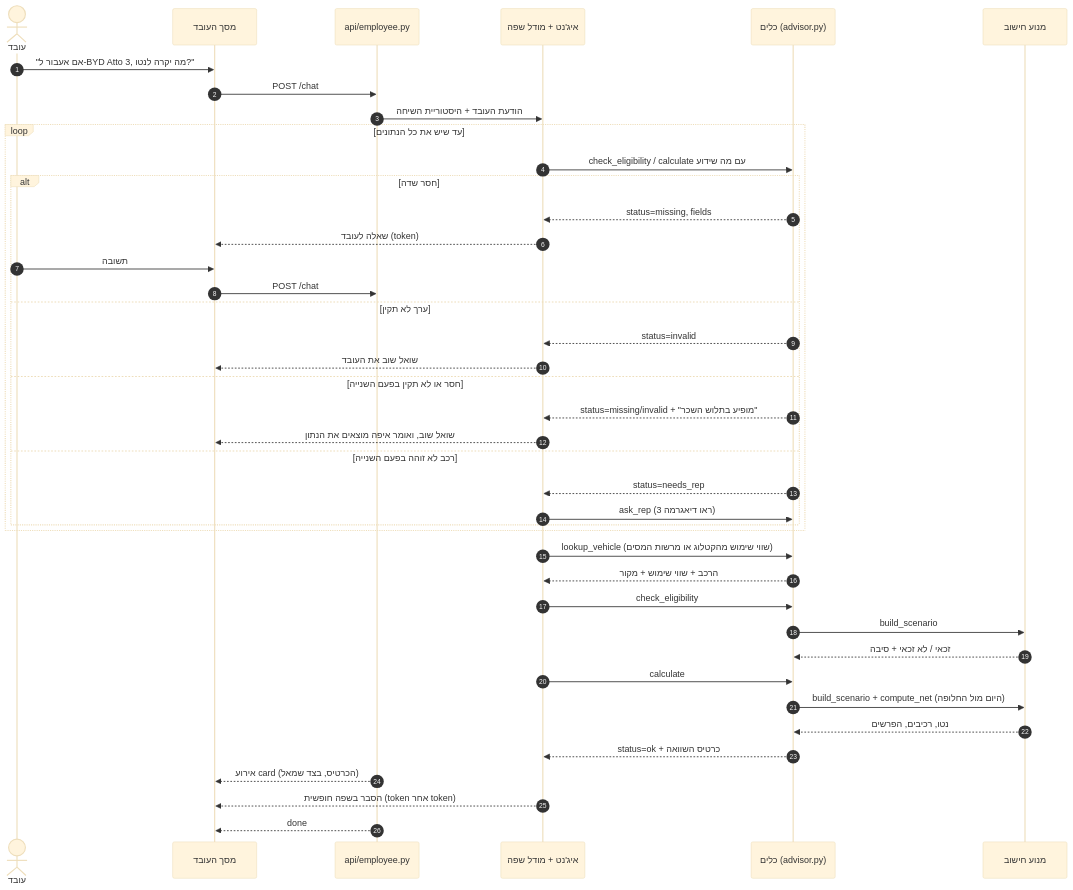
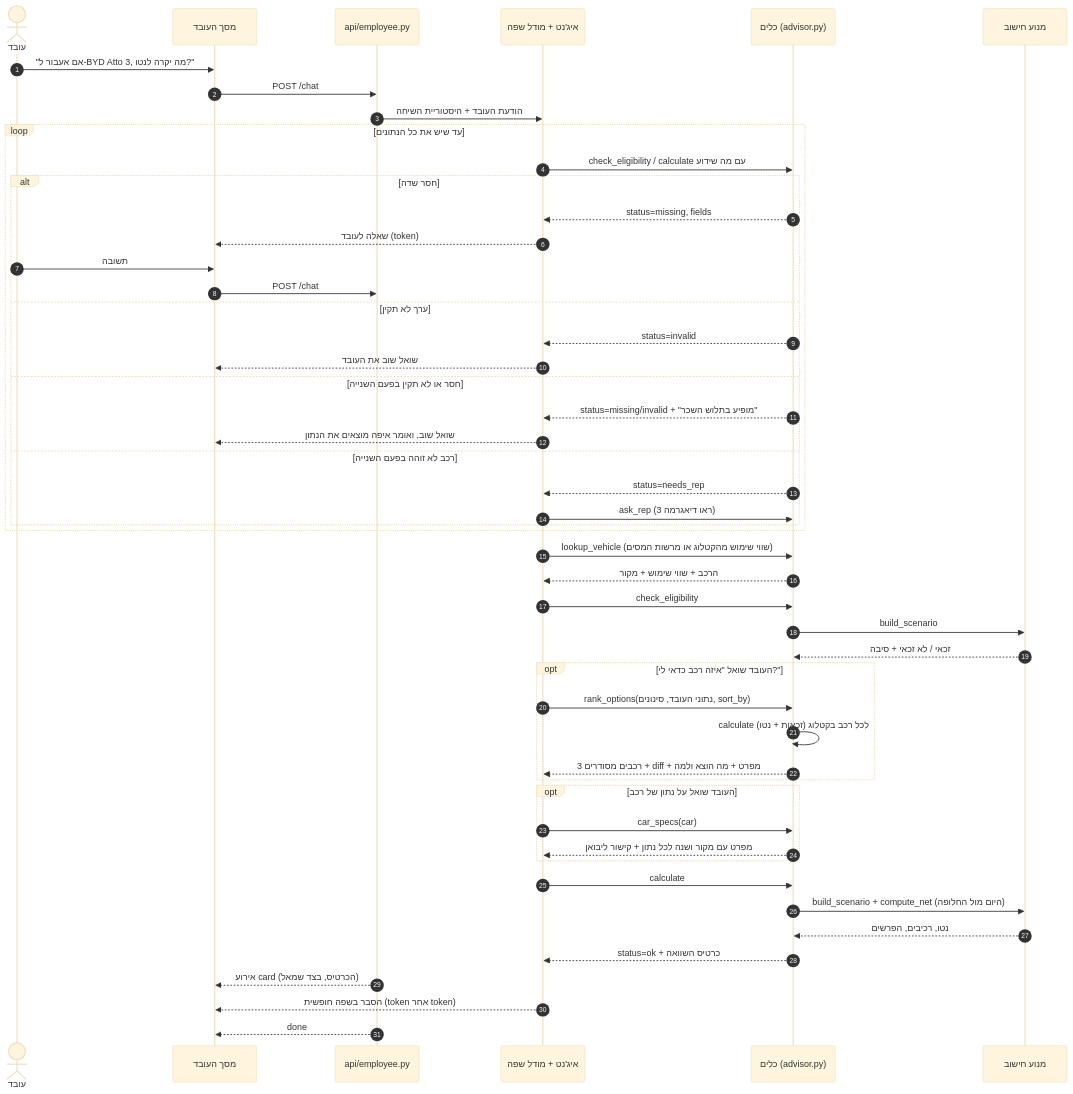
Before and after one commit to tf616248-create/strauss-car-advisor: the second of 3 diagrams in docs/architecture.md, drawn with Mermaid (base theme). The commit also changed other lines of this file and 13 other files, not shown here.

First line of the commit message:
car_specs and rank_options: recommend only through code, on sourced data

````diff
--- a/docs/architecture.md
+++ b/docs/architecture.md
@@ -71,46 +74,55 @@
 ```mermaid
 sequenceDiagram
     autonumber
     actor W as עובד
     participant UI as מסך העובד
     participant API as api/employee.py
     participant AG as איג'נט + מודל שפה
     participant T as כלים (advisor.py)
     participant E as מנוע חישוב
 
     W->>UI: "אם אעבור ל-BYD Atto 3, מה יקרה לנטו?"
     UI->>API: POST /chat
     API->>AG: הודעת העובד + היסטוריית השיחה
 
     loop עד שיש את כל הנתונים
         AG->>T: check_eligibility / calculate עם מה שידוע
         alt חסר שדה
             T-->>AG: status=missing, fields
             AG-->>UI: שאלה לעובד (token)
             W->>UI: תשובה
             UI->>API: POST /chat
         else ערך לא תקין
             T-->>AG: status=invalid
             AG-->>UI: שואל שוב את העובד
         else חסר או לא תקין בפעם השנייה
             T-->>AG: status=missing/invalid + "מופיע בתלוש השכר"
             AG-->>UI: שואל שוב, ואומר איפה מוצאים את הנתון
         else רכב לא זוהה בפעם השנייה
             T-->>AG: status=needs_rep
             AG->>T: ask_rep (ראו דיאגרמה 3)
         end
     end
 
     AG->>T: lookup_vehicle (שווי שימוש מהקטלוג או מרשות המסים)
     T-->>AG: הרכב + שווי שימוש + מקור
     AG->>T: check_eligibility
     T->>E: build_scenario
     E-->>T: זכאי / לא זכאי + סיבה
+    opt העובד שואל "איזה רכב כדאי לי?"
+        AG->>T: rank_options(נתוני העובד, סינונים, sort_by)
+        T->>T: calculate לכל רכב בקטלוג (זכאות + נטו)
+        T-->>AG: 3 רכבים מסודרים + diff + מפרט + מה הוצא ולמה
+    end
+    opt העובד שואל על נתון של רכב
+        AG->>T: car_specs(car)
+        T-->>AG: מפרט עם מקור ושנה לכל נתון + קישור ליבואן
+    end
     AG->>T: calculate
     T->>E: build_scenario + compute_net (היום מול החלופה)
     E-->>T: נטו, רכיבים, הפרשים
     T-->>AG: status=ok + כרטיס השוואה
     API-->>UI: אירוע card (הכרטיס, בצד שמאל)
     AG-->>UI: הסבר בשפה חופשית (token אחר token)
     API-->>UI: done
 ```
````
